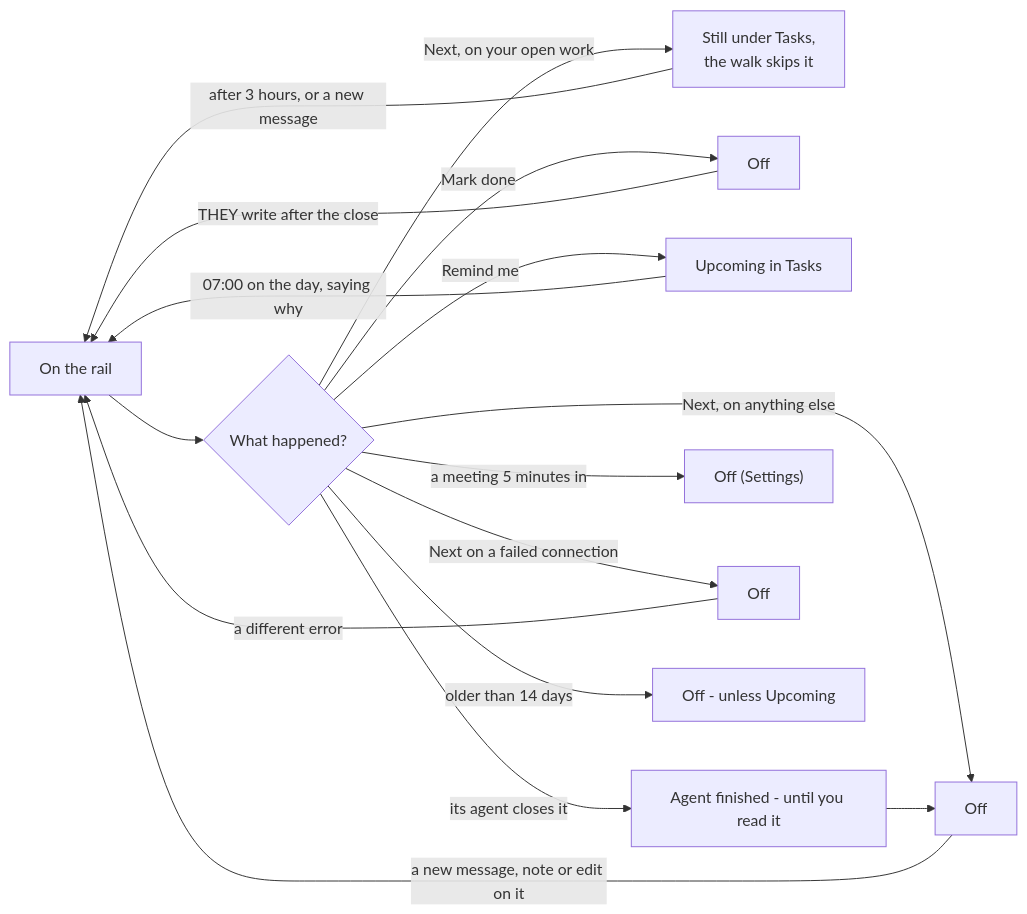
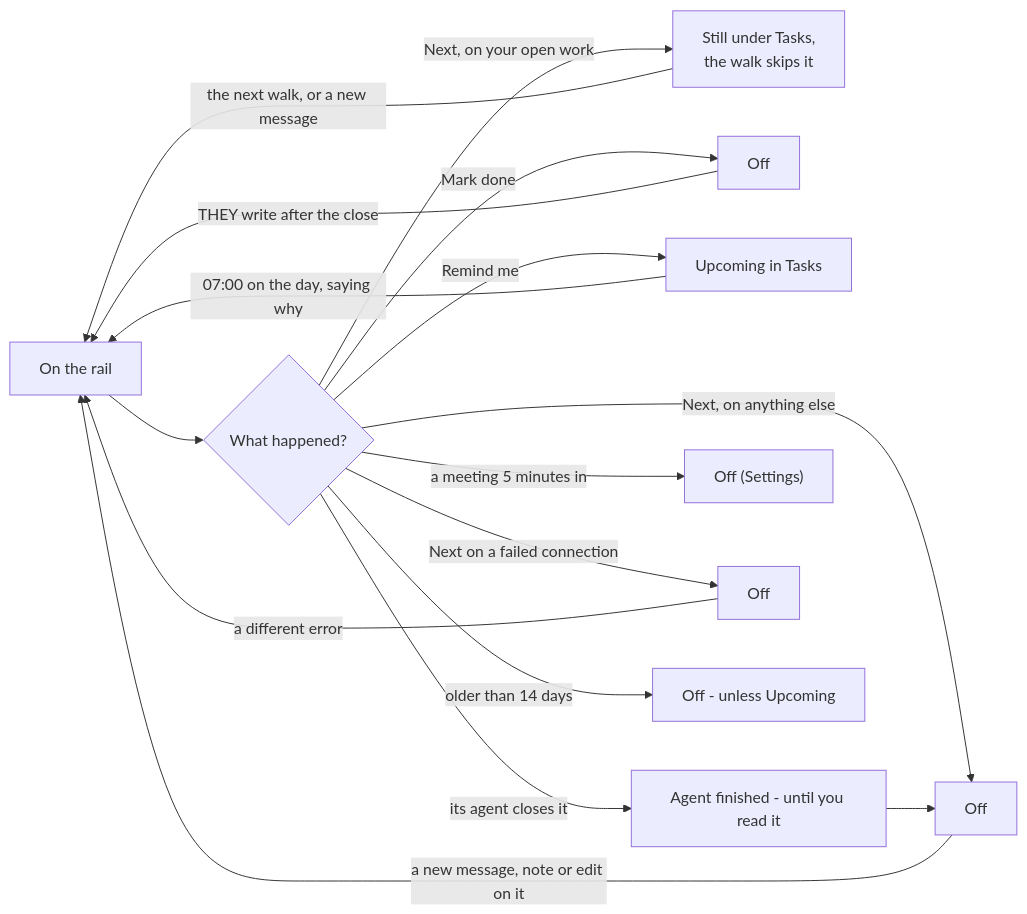
Before and after one commit to ldbumble/taskuary: the second of 2 diagrams in docs/work-rail.md, drawn with Mermaid. The commit also changed other lines of this file and 18 other files, not shown here.

````diff
--- a/docs/work-rail.md
+++ b/docs/work-rail.md
@@ -29,12 +29,12 @@
 ```mermaid
 flowchart LR
   R["On the rail"] --> A{"What happened?"}
-  A -->|Next, on your open work| P["Still under Tasks,<br/>the walk skips it"] -->|after 3 hours, or a new message| R
+  A -->|Next, on your open work| P["Still under Tasks,<br/>the walk skips it"] -->|the next walk, or a new message| R
   A -->|Next, on anything else| G["Off"] -->|a new message, note or edit on it| R
   A -->|Mark done| D["Off"] -->|THEY write after the close| R
   A -->|Remind me| M["Upcoming in Tasks"] -->|07:00 on the day, saying why| R
   A -->|its agent closes it| AD["Agent finished - until you read it"] --> G
   A -->|a meeting 5 minutes in| MT["Off (Settings)"]
   A -->|Next on a failed connection| C["Off"] -->|a different error| R
   A -->|older than 14 days| O["Off - unless Upcoming"]
 ```
````
